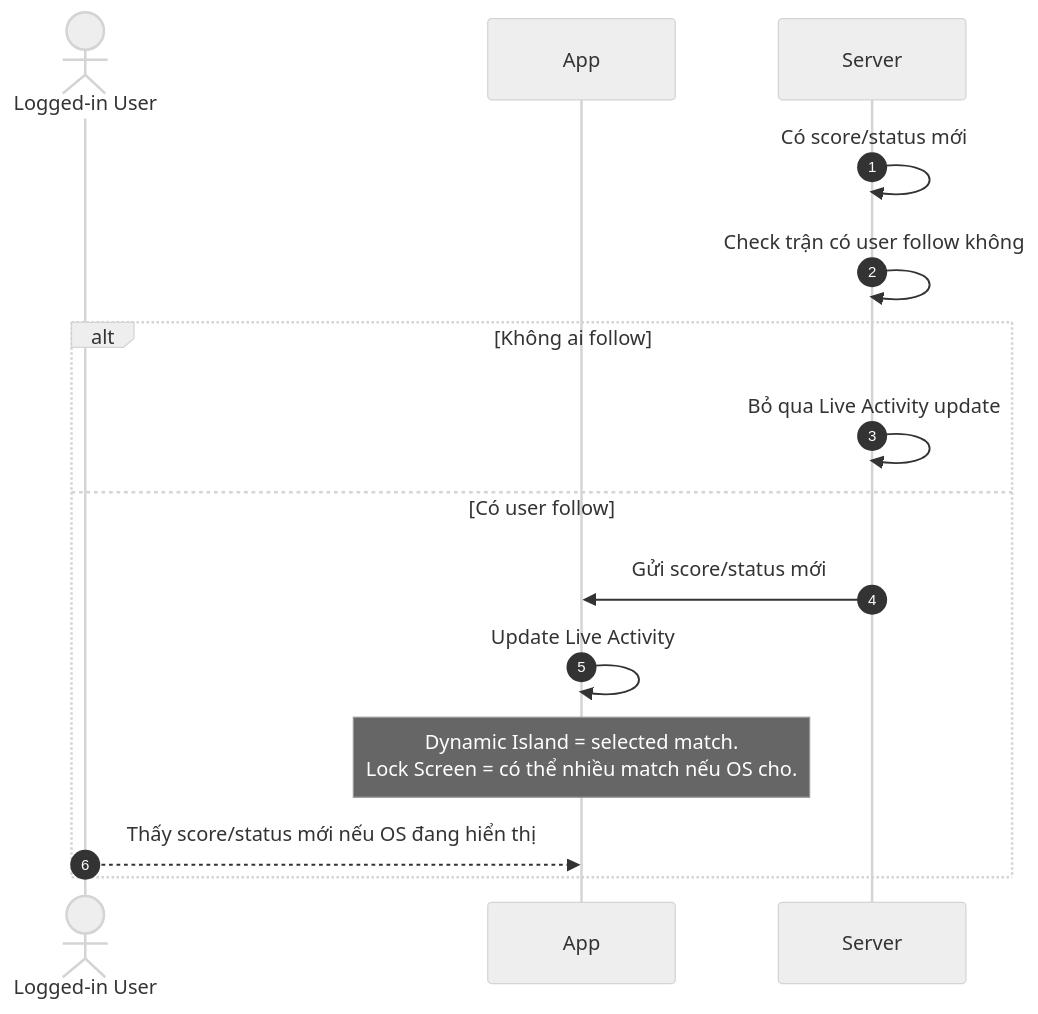
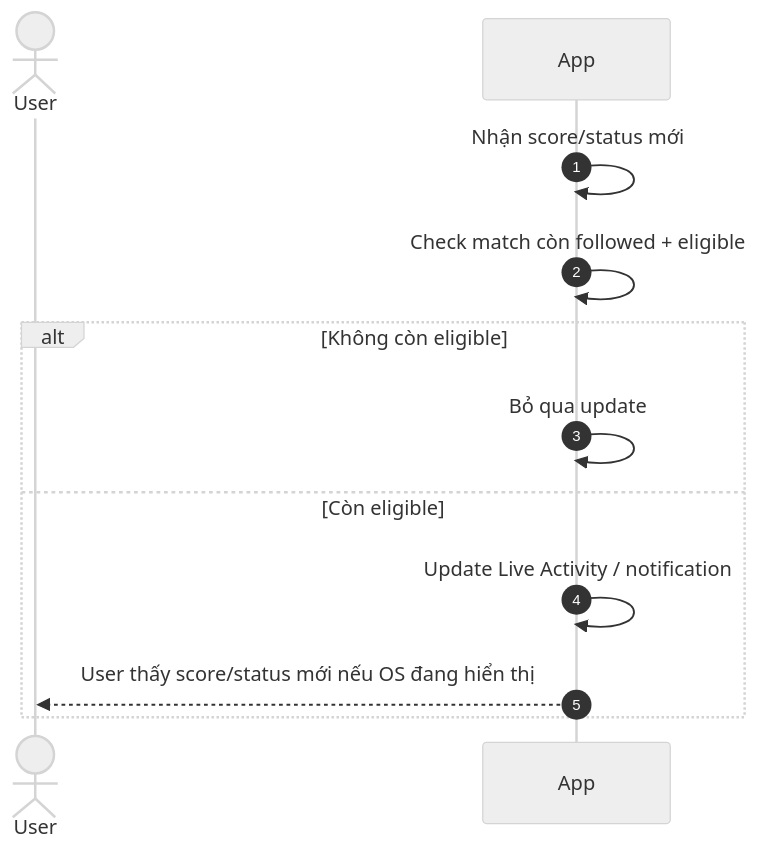
The second of 4 diagrams in features/final-docs/Sport-Zone/Live-Activity/product/live-activity-user-flows-functional-requirements.md (duongdang1136/FPTPLay), drawn with Mermaid (neutral theme) before and after one commit. The commit also changed other lines of this file, not shown here.

Commit message:
docs: simplify live activity flow diagrams

````diff
--- a/features/final-docs/Sport-Zone/Live-Activity/product/live-activity-user-flows-functional-requirements.md
+++ b/features/final-docs/Sport-Zone/Live-Activity/product/live-activity-user-flows-functional-requirements.md
@@ -268,20 +270,17 @@
 ```mermaid
 sequenceDiagram
     autonumber
 
-    actor User as Logged-in User
+    actor User as User
     participant App
-    participant Server
 
-    Server->>Server: Có score/status mới
-    Server->>Server: Check trận có user follow không
+    App->>App: Nhận score/status mới
+    App->>App: Check match còn followed + eligible
 
-    alt Không ai follow
-        Server->>Server: Bỏ qua Live Activity update
-    else Có user follow
-        Server->>App: Gửi score/status mới
-        App->>App: Update Live Activity
-        Note over App: Dynamic Island = selected match.<br/>Lock Screen = có thể nhiều match nếu OS cho.
-        User-->>App: Thấy score/status mới nếu OS đang hiển thị
+    alt Không còn eligible
+        App->>App: Bỏ qua update
+    else Còn eligible
+        App->>App: Update Live Activity / notification
+        App-->>User: User thấy score/status mới nếu OS đang hiển thị
     end
 ```
````
